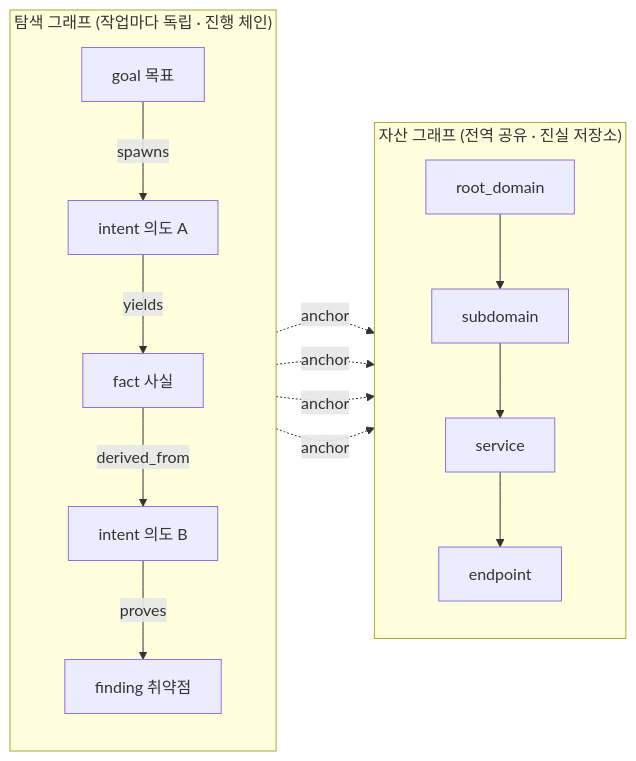
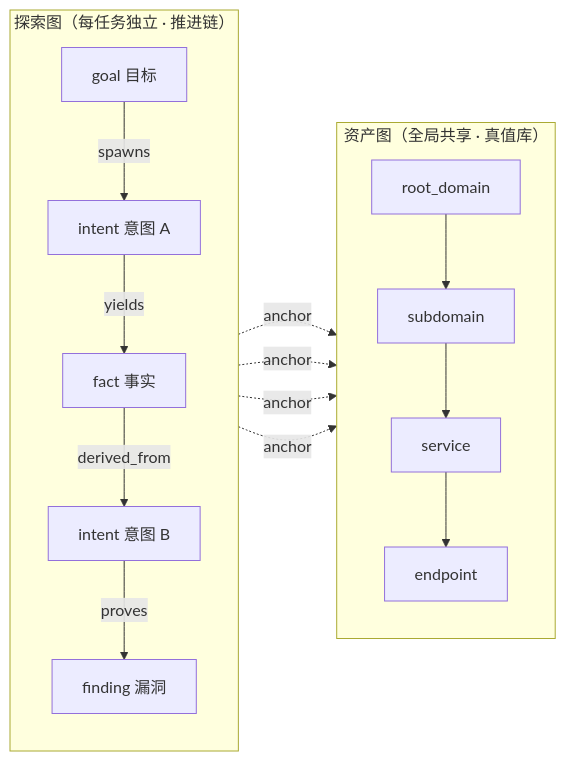
Before and after one commit to dami9527/artex-cn: the second of 5 diagrams in README.md, drawn with Mermaid. The commit also changed other lines of this file and 297 other files, not shown here.

````diff
--- a/README.md
+++ b/README.md
@@ -323,27 +340,27 @@
 ```mermaid
 flowchart LR
-  subgraph EG["탐색 그래프 (작업마다 독립 · 진행 체인)"]
+  subgraph EG["探索图（每任务独立 · 推进链）"]
     direction TB
-    G["goal 목표"]
-    I1["intent 의도 A"]
-    F1["fact 사실"]
-    I2["intent 의도 B"]
-    FD["finding 취약점"]
+    G["goal 目标"]
+    I1["intent 意图 A"]
+    F1["fact 事实"]
+    I2["intent 意图 B"]
+    FD["finding 漏洞"]
     G -->|spawns| I1
     I1 -->|yields| F1
     F1 -->|derived_from| I2
     I2 -->|proves| FD
   end
-  subgraph AG["자산 그래프 (전역 공유 · 진실 저장소)"]
+  subgraph AG["资产图（全局共享 · 真值库）"]
     direction TB
     RD["root_domain"]
     SD["subdomain"]
     SV["service"]
     EP["endpoint"]
     RD --> SD --> SV --> EP
   end
   I1 -. anchor .-> SD
   F1 -. anchor .-> SV
   I2 -. anchor .-> EP
   FD -. anchor .-> EP
 ```
````
